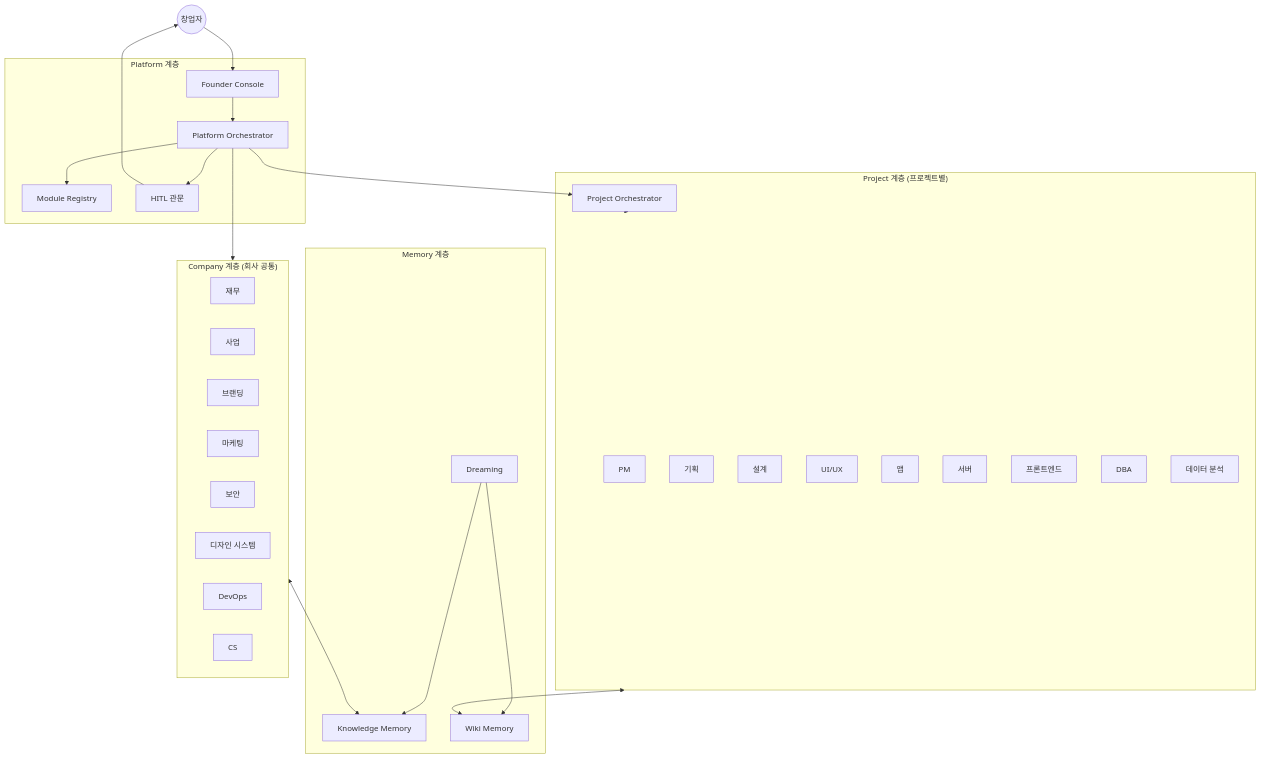
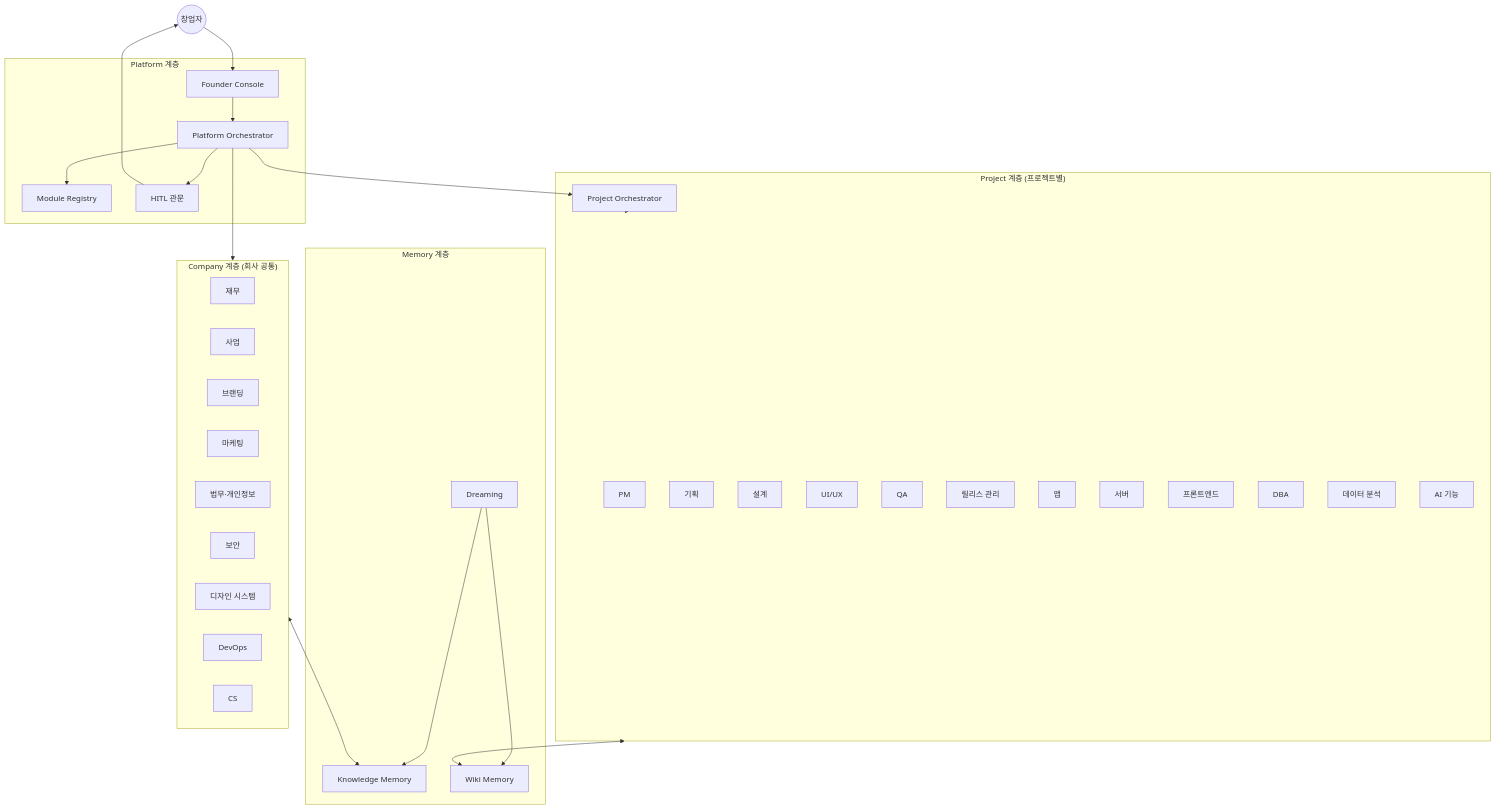
One commit to ysjee141/flywheel changed the second of 13 diagrams in plan-draft.md. Above: the diagram before and after it, drawn with Mermaid. The commit also changed other lines of this file and 1 other file, not shown here.

````diff
--- a/plan-draft.md
+++ b/plan-draft.md
@@ -104,34 +105,34 @@
 ```mermaid
 flowchart TB
   F((창업자))
   subgraph PL["Platform 계층"]
     PO[Platform Orchestrator]
     REG[Module Registry]
     HITL[HITL 관문]
     CON[Founder Console]
   end
   subgraph CO["Company 계층 (회사 공통)"]
-    C1[재무] & C2[사업] & C3[브랜딩] & C4[마케팅]
+    C1[재무] & C2[사업] & C3[브랜딩] & C4[마케팅] & C9[법무·개인정보]
     C5[보안] & C6[디자인 시스템] & C7[DevOps] & C8[CS]
   end
   subgraph PJ["Project 계층 (프로젝트별)"]
     JO[Project Orchestrator]
-    P1[PM] & P2[기획] & P3[설계] & P4[UI/UX]
-    P5[앱] & P6[서버] & P7[프론트엔드] & P8[DBA] & P9[데이터 분석]
+    P1[PM] & P2[기획] & P3[설계] & P4[UI/UX] & P10[QA] & P11[릴리스 관리]
+    P5[앱] & P6[서버] & P7[프론트엔드] & P8[DBA] & P9[데이터 분석] & P12[AI 기능]
   end
   subgraph ME["Memory 계층"]
     M1[Knowledge Memory]
     M2[Wiki Memory]
     M3[Dreaming]
   end
   F --> CON --> PO
   PO --> REG
   PO --> CO
   PO --> JO
   JO --> PJ
   CO <--> M1
   PJ <--> M2
   M3 --> M1
   M3 --> M2
   PO --> HITL --> F
 ```
````
